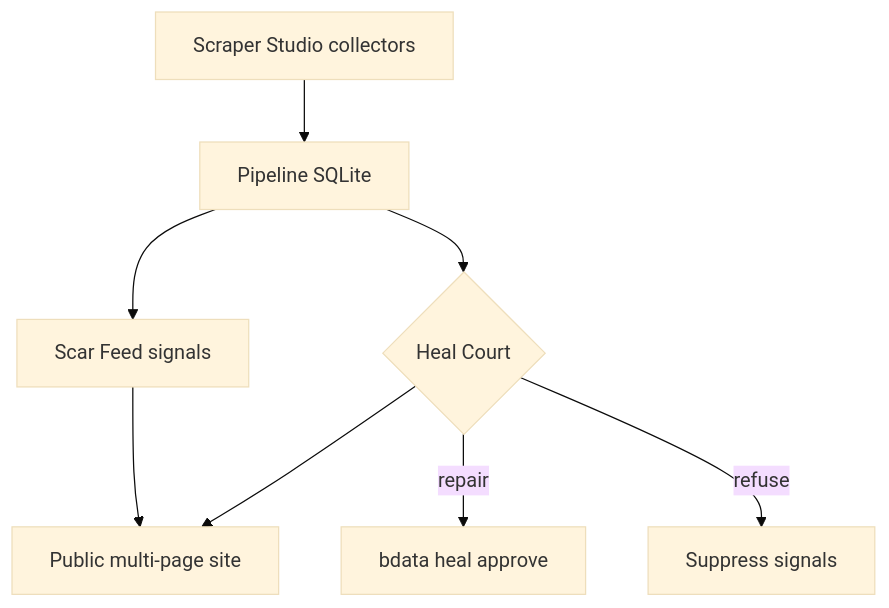
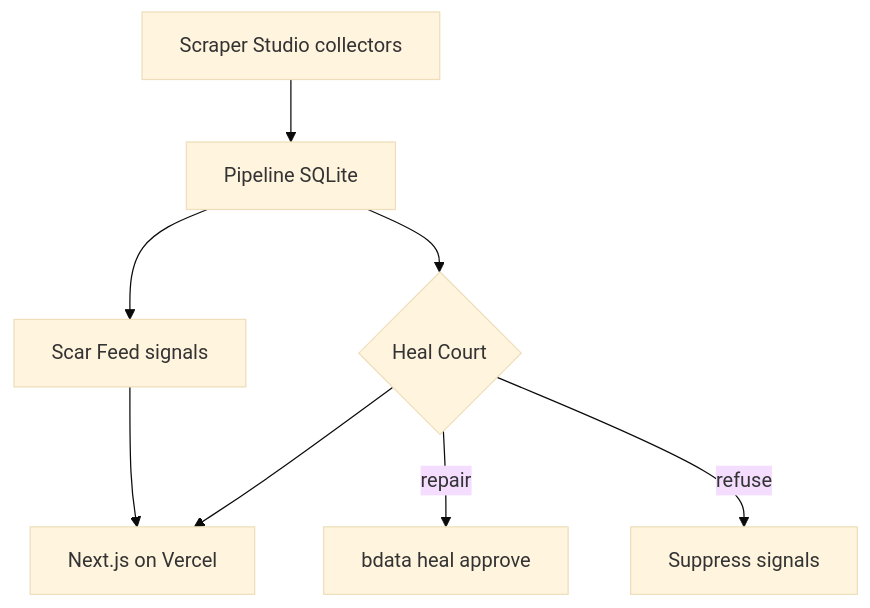
Before and after one commit to manasdutta04/wolverine-scraper: the diagram in README.md, drawn with Mermaid (base theme). The commit also changed other lines of this file and 53 other files, not shown here.

First line of the commit message:
Move Scar Feed to Next.js App Router and cut over to Vercel.

````diff
--- a/README.md
+++ b/README.md
@@ -55,10 +47,10 @@
 ```mermaid
 flowchart TB
   studio[Scraper Studio collectors] --> pipe[Pipeline SQLite]
   pipe --> feed[Scar Feed signals]
   pipe --> court{Heal Court}
   court -->|repair| heal[bdata heal approve]
   court -->|refuse| quiet[Suppress signals]
-  feed --> ui[Public multi-page site]
+  feed --> ui[Next.js on Vercel]
   court --> ui
 ```
````
